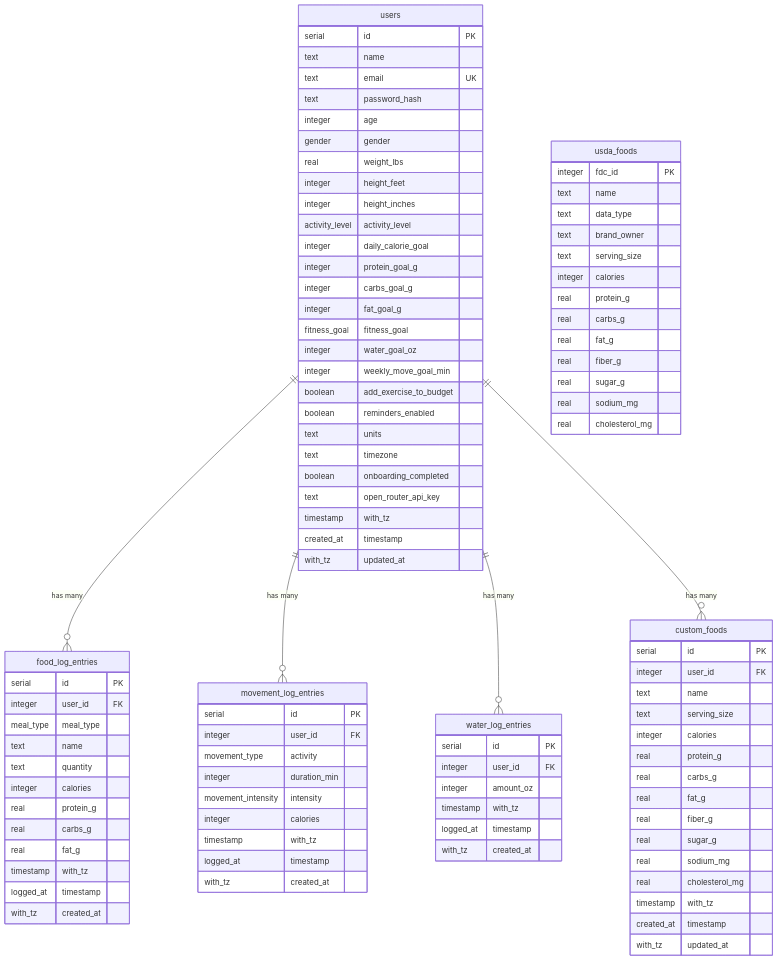
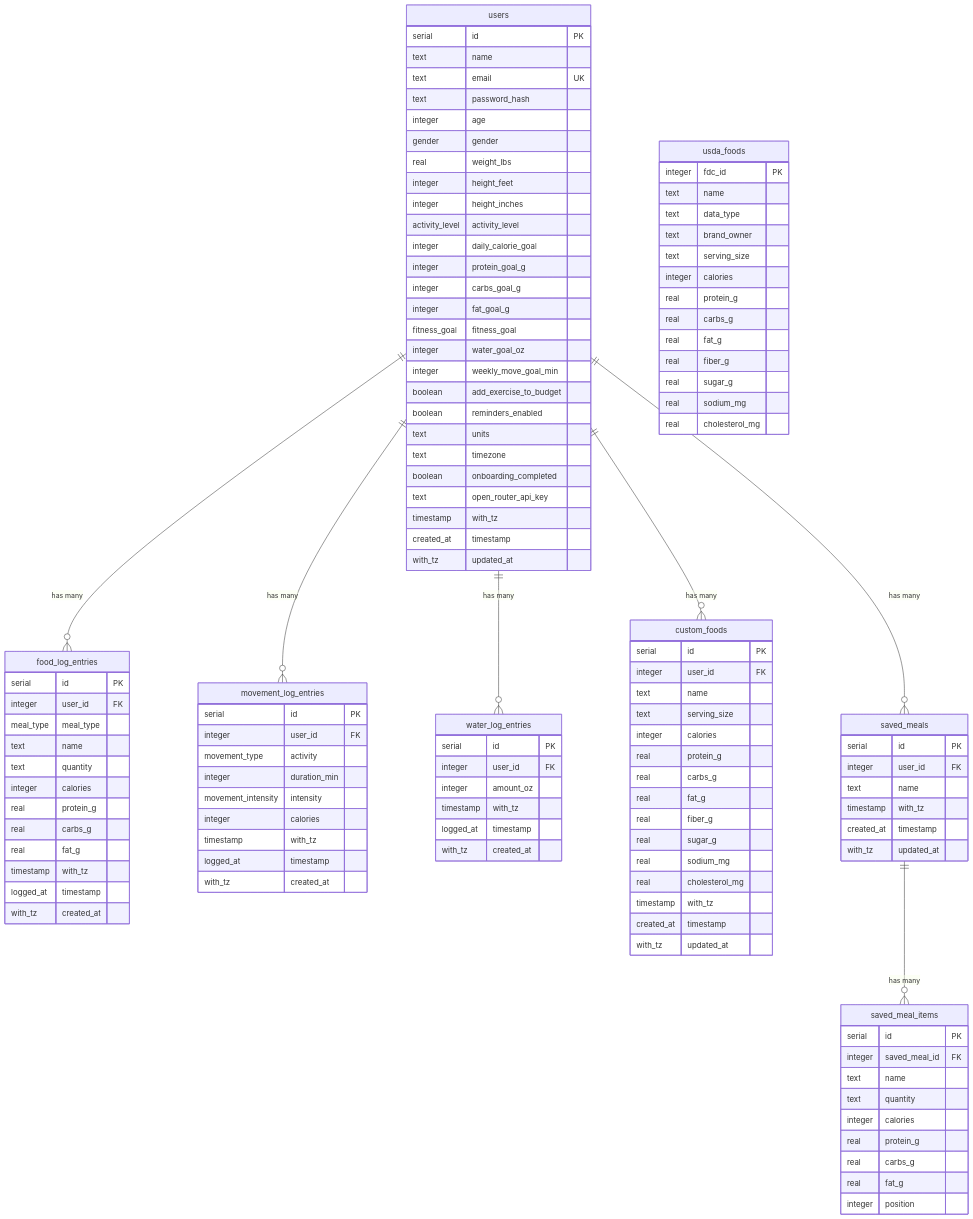
Before and after one commit to camman3d/sparknourish: the diagram in PROJECT_STATUS.md, drawn with Mermaid. The commit also changed other lines of this file and 12 other files, not shown here.

First line of the commit message:
Add saved meals/recipes and refresh app icon (T-017)

```diff
--- a/PROJECT_STATUS.md
+++ b/PROJECT_STATUS.md
@@ -193,6 +207,8 @@
     users ||--o{ movement_log_entries : "has many"
     users ||--o{ water_log_entries : "has many"
     users ||--o{ custom_foods : "has many"
+    users ||--o{ saved_meals : "has many"
+    saved_meals ||--o{ saved_meal_items : "has many"
 
     users {
         serial id PK
@@ -272,6 +288,26 @@
         timestamp with_tz updated_at
     }
 
+    saved_meals {
+        serial id PK
+        integer user_id FK
+        text name
+        timestamp with_tz created_at
+        timestamp with_tz updated_at
+    }
+
+    saved_meal_items {
+        serial id PK
+        integer saved_meal_id FK
+        text name
+        text quantity
+        integer calories
+        real protein_g
+        real carbs_g
+        real fat_g
+        integer position
+    }
+
     usda_foods {
         integer fdc_id PK
         text name
```
